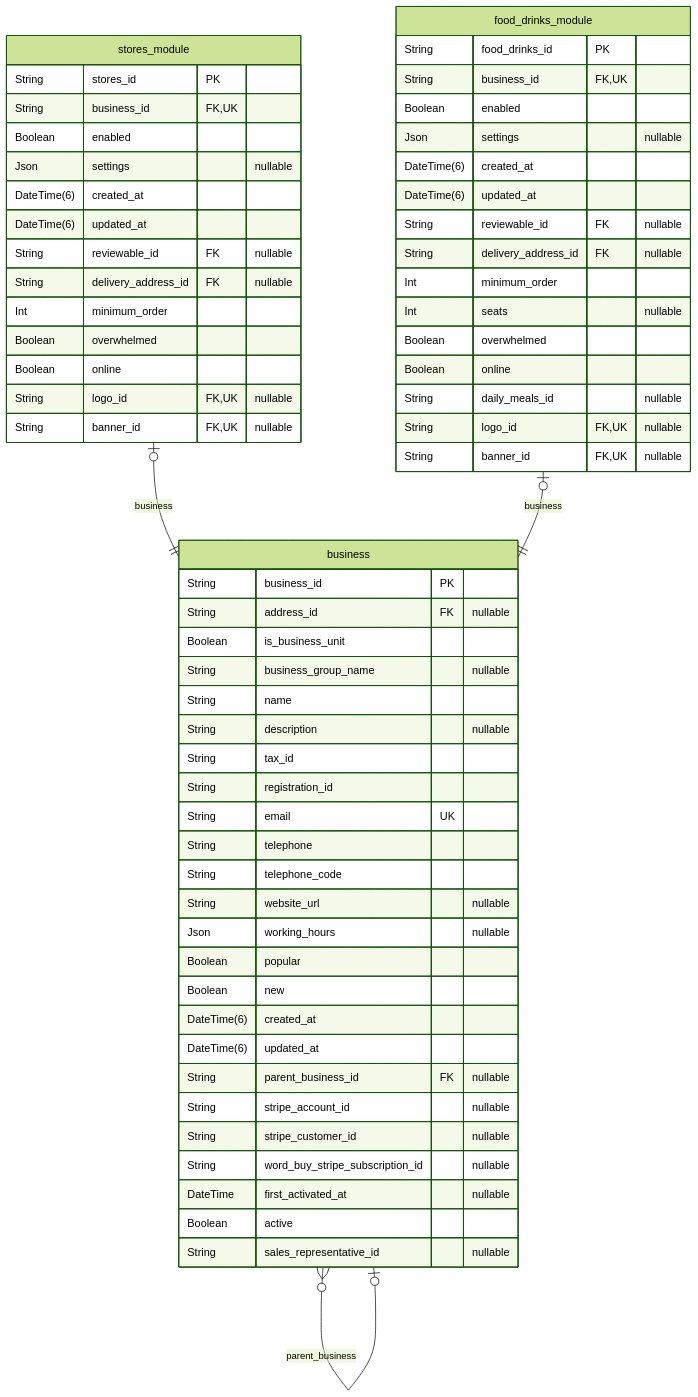
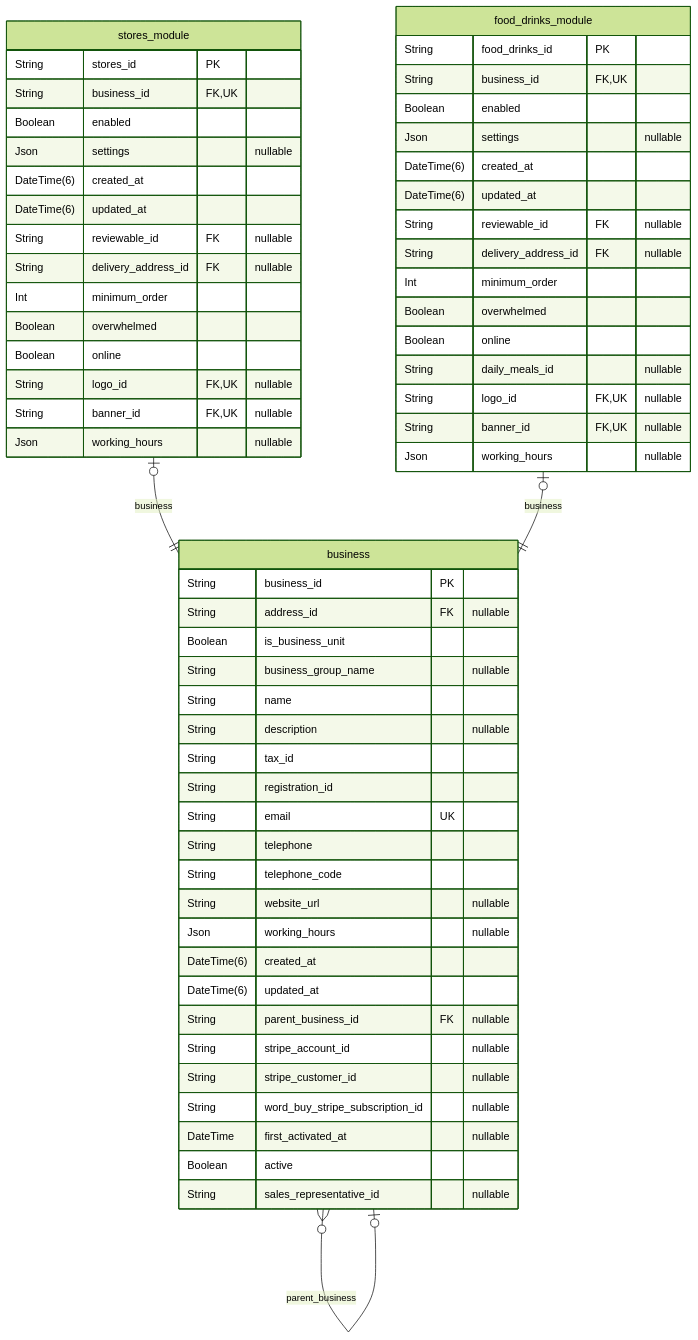
One commit to pbozic/be-analyisis changed diagram 40 of 40 in prisma/schemas/ERD.md. Above: the diagram before and after it, drawn with Mermaid (forest theme). The commit also changed other lines of this file and 25 other files, not shown here.

````diff
--- a/prisma/schemas/ERD.md
+++ b/prisma/schemas/ERD.md
@@ -7794,64 +7720,63 @@
 ```mermaid
 erDiagram
 "business" {
   String business_id PK
   String address_id FK "nullable"
   Boolean is_business_unit
   String business_group_name "nullable"
   String name
   String description "nullable"
   String tax_id
   String registration_id
   String email UK
   String telephone
   String telephone_code
   String website_url "nullable"
   Json working_hours "nullable"
-  Boolean popular
-  Boolean new
   DateTime(6) created_at
   DateTime(6) updated_at
   String parent_business_id FK "nullable"
   String stripe_account_id "nullable"
   String stripe_customer_id "nullable"
   String word_buy_stripe_subscription_id "nullable"
   DateTime first_activated_at "nullable"
   Boolean active
   String sales_representative_id "nullable"
 }
 "stores_module" {
   String stores_id PK
   String business_id FK,UK
   Boolean enabled
   Json settings "nullable"
   DateTime(6) created_at
   DateTime(6) updated_at
   String reviewable_id FK "nullable"
   String delivery_address_id FK "nullable"
   Int minimum_order
   Boolean overwhelmed
   Boolean online
   String logo_id FK,UK "nullable"
   String banner_id FK,UK "nullable"
+  Json working_hours "nullable"
 }
 "food_drinks_module" {
   String food_drinks_id PK
   String business_id FK,UK
   Boolean enabled
   Json settings "nullable"
   DateTime(6) created_at
   DateTime(6) updated_at
   String reviewable_id FK "nullable"
   String delivery_address_id FK "nullable"
   Int minimum_order
-  Int seats "nullable"
   Boolean overwhelmed
   Boolean online
   String daily_meals_id "nullable"
   String logo_id FK,UK "nullable"
   String banner_id FK,UK "nullable"
+  Json working_hours "nullable"
 }
 "business" }o--o| "business" : parent_business
 "stores_module" |o--|| "business" : business
 "food_drinks_module" |o--|| "business" : business
 ```
````
